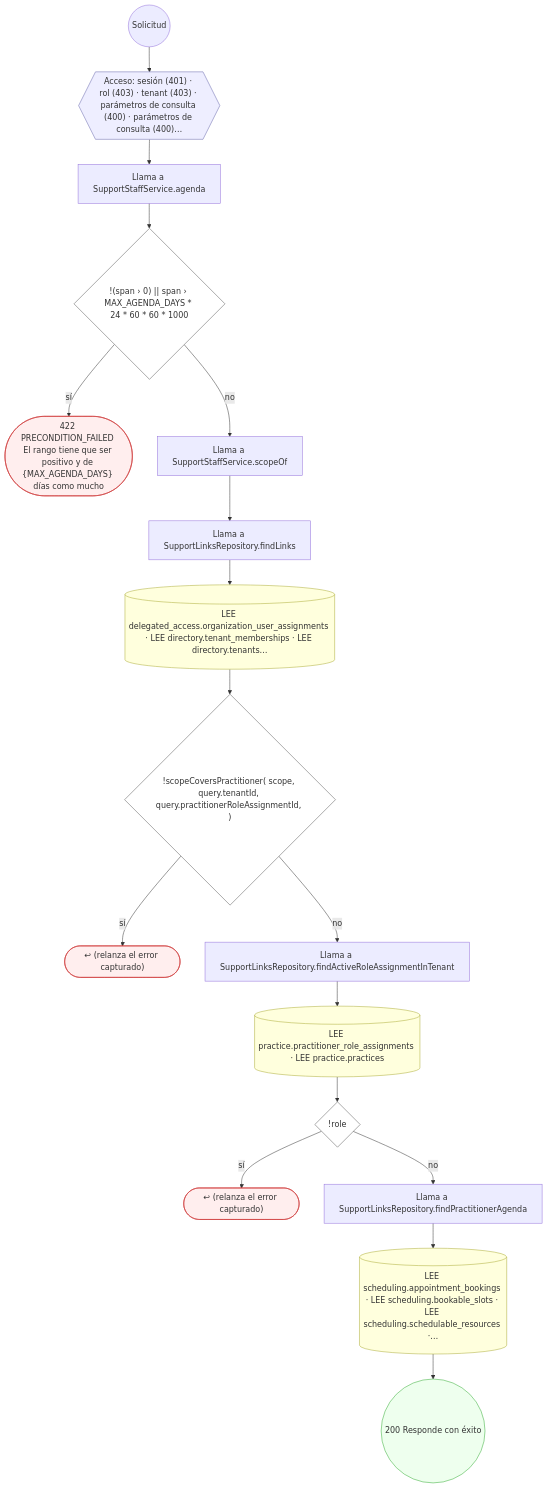
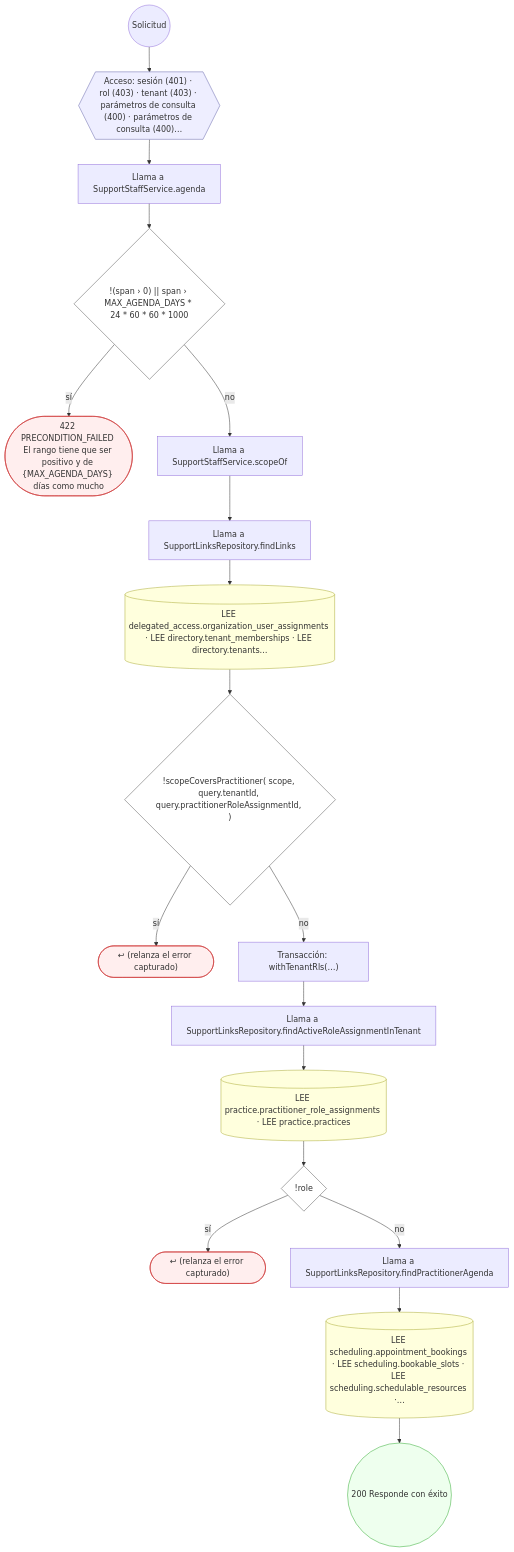
One commit to mdavila-2001/mantra-core-health-api changed diagram 18 of 42 in docs/inventario/flujos/delegated_access.md. Above: the diagram before and after it, drawn with Mermaid. The commit also changed other lines of this file and 376 other files, not shown here.

````diff
--- a/docs/inventario/flujos/delegated_access.md
+++ b/docs/inventario/flujos/delegated_access.md
@@ -1486,42 +1692,44 @@
 ```mermaid
 flowchart TD
   n1(("Solicitud")):::inicio
   n2{{"Acceso: sesión (401) · rol (403) · tenant (403) · parámetros de consulta (400) · parámetros de consulta (400)…"}}:::acceso
   n1 --> n2
   n3["Llama a SupportStaffService.agenda"]:::llamada
   n2 --> n3
   n4{"!(span › 0) || span › MAX_AGENDA_DAYS * 24 * 60 * 60 * 1000"}:::decision
   n3 --> n4
   n5(["422 PRECONDITION_FAILED El rango tiene que ser positivo y de {MAX_AGENDA_DAYS} días como mucho"]):::error
   n4 -->|"sí"| n5
   n6["Llama a SupportStaffService.scopeOf"]:::llamada
   n4 -->|"no"| n6
   n7["Llama a SupportLinksRepository.findLinks"]:::llamada
   n6 --> n7
   n8[("LEE delegated_access.organization_user_assignments · LEE directory.tenant_memberships · LEE directory.tenants…")]:::efecto
   n7 --> n8
   n9{"!scopeCoversPractitioner( scope, query.tenantId, query.practitionerRoleAssignmentId, )"}:::decision
   n8 --> n9
   n10(["↩ (relanza el error capturado)"]):::error
   n9 -->|"sí"| n10
-  n11["Llama a SupportLinksRepository.findActiveRoleAssignmentInTenant"]:::llamada
+  n11["Transacción: withTenantRls(…)"]:::transaccion
   n9 -->|"no"| n11
-  n12[("LEE practice.practitioner_role_assignments · LEE practice.practices")]:::efecto
+  n12["Llama a SupportLinksRepository.findActiveRoleAssignmentInTenant"]:::llamada
   n11 --> n12
-  n13{"!role"}:::decision
+  n13[("LEE practice.practitioner_role_assignments · LEE practice.practices")]:::efecto
   n12 --> n13
-  n14(["↩ (relanza el error capturado)"]):::error
-  n13 -->|"sí"| n14
-  n15["Llama a SupportLinksRepository.findPractitionerAgenda"]:::llamada
-  n13 -->|"no"| n15
-  n16[("LEE scheduling.appointment_bookings · LEE scheduling.bookable_slots · LEE scheduling.schedulable_resources ·…")]:::efecto
-  n15 --> n16
-  n17(("200 Responde con éxito")):::ok
+  n14{"!role"}:::decision
+  n13 --> n14
+  n15(["↩ (relanza el error capturado)"]):::error
+  n14 -->|"sí"| n15
+  n16["Llama a SupportLinksRepository.findPractitionerAgenda"]:::llamada
+  n14 -->|"no"| n16
+  n17[("LEE scheduling.appointment_bookings · LEE scheduling.bookable_slots · LEE scheduling.schedulable_resources ·…")]:::efecto
   n16 --> n17
+  n18(("200 Responde con éxito")):::ok
+  n17 --> n18
   classDef acceso fill:#eef,stroke:#66a
   classDef error fill:#fee,stroke:#c33
   classDef ok fill:#efe,stroke:#3a3
   classDef efecto fill:#ffd,stroke:#aa3
   classDef decision fill:#fff,stroke:#555
   classDef corte fill:#eee,stroke:#999,stroke-dasharray: 4
 ```
````
